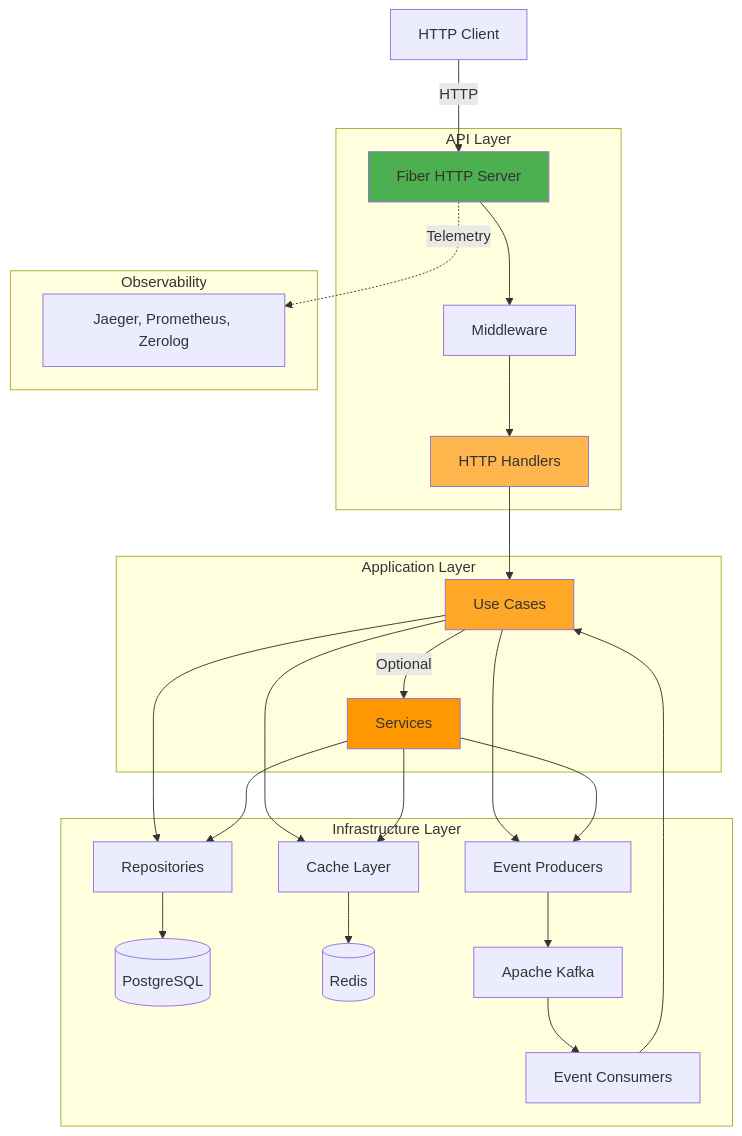
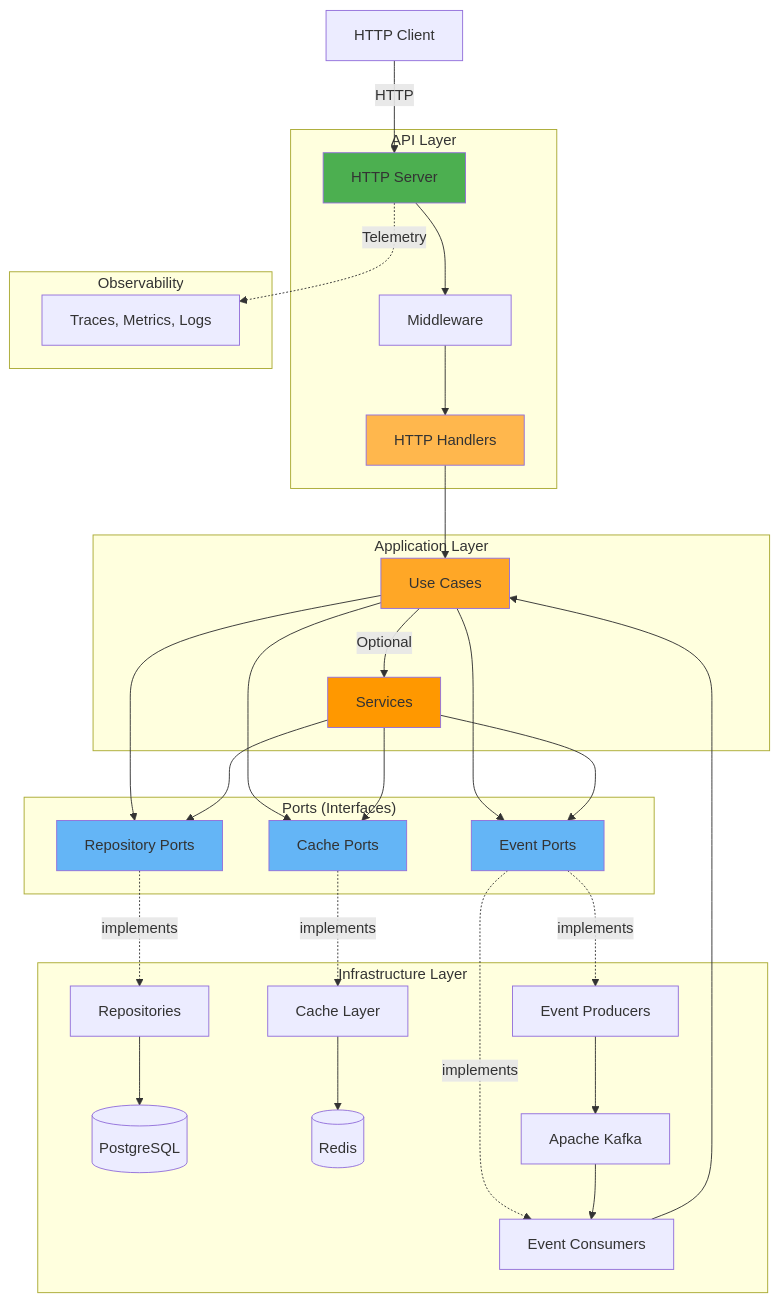
One commit to cristiano-pacheco/go-starter-kit changed the diagram in README.md. Above: the diagram before and after it, drawn with Mermaid.

Commit message:
chrore: update architecture diagram in README.md to clarify API layer and ports

````diff
--- a/README.md
+++ b/README.md
@@ -11,56 +11,69 @@
 ```mermaid
 graph TB
     Client[HTTP Client]
     
     subgraph API["API Layer"]
-        Server[Fiber HTTP Server]
+        Server[HTTP Server]
         Middleware[Middleware]
         Handlers[HTTP Handlers]
     end
     
     subgraph Application["Application Layer"]
         UseCases[Use Cases]
         Services[Services]
+    end
+    
+    subgraph Ports["Ports (Interfaces)"]
+        RepositoryPorts[Repository Ports]
+        CachePorts[Cache Ports]
+        EventPorts[Event Ports]
     end
     
     subgraph Infrastructure["Infrastructure Layer"]
         Repositories[Repositories]
         Cache[Cache Layer]
         EventProducers[Event Producers]
         EventConsumers[Event Consumers]
         DB[(PostgreSQL)]
         Redis[(Redis)]
         Kafka[Apache Kafka]
     end
     
     subgraph Observability["Observability"]
-        Obs[Jaeger, Prometheus, Zerolog]
+        Obs[Traces, Metrics, Logs]
     end
     
     Client -->|HTTP| Server
     Server --> Middleware
     Middleware --> Handlers
     Handlers --> UseCases
     
     UseCases -->|Optional| Services
-    UseCases --> Repositories
-    UseCases --> Cache
-    Services --> Repositories
-    Services --> Cache
+    UseCases --> RepositoryPorts
+    UseCases --> CachePorts
+    UseCases --> EventPorts
+    Services --> RepositoryPorts
+    Services --> CachePorts
+    Services --> EventPorts
     
-    UseCases --> EventProducers
-    Services --> EventProducers
+    RepositoryPorts -.->|implements| Repositories
+    CachePorts -.->|implements| Cache
+    EventPorts -.->|implements| EventProducers
+    EventPorts -.->|implements| EventConsumers
     
     Repositories --> DB
     Cache --> Redis
     Kafka --> EventConsumers
     EventConsumers --> UseCases
     EventProducers --> Kafka
     
     Server -.->|Telemetry| Obs
 
     style Server fill:#4CAF50
     style Handlers fill:#FFB74D
     style UseCases fill:#FFA726
     style Services fill:#FF9800
+    style RepositoryPorts fill:#64B5F6
+    style CachePorts fill:#64B5F6
+    style EventPorts fill:#64B5F6
 ```
````
